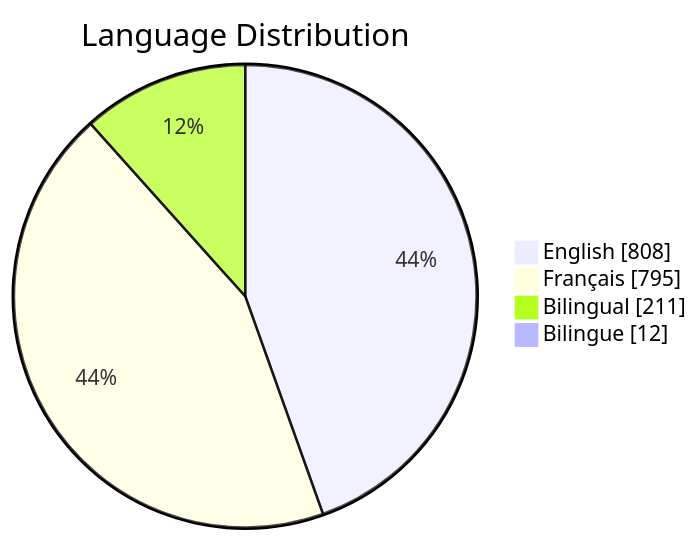
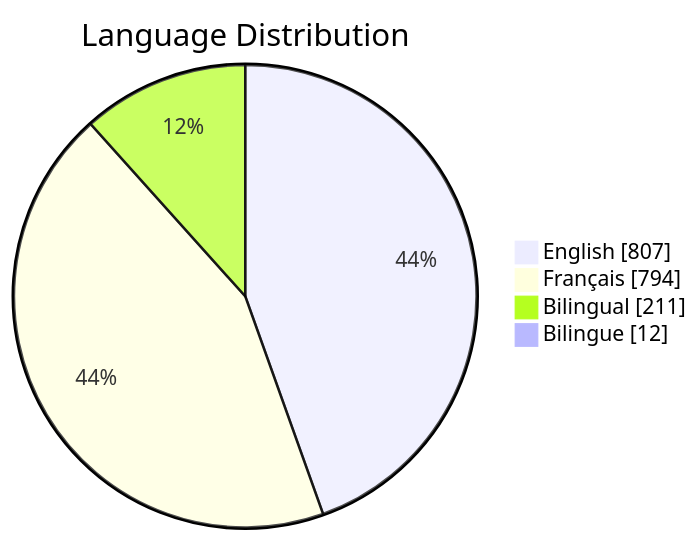
One commit to PatLittle/GC-Socials changed the third of 6 diagrams in README.md. Above: the diagram before and after it, drawn with Mermaid. The commit also changed other lines of this file, not shown here.

Commit message:
Update README with Platform Distribution pie chart

````diff
--- a/README.md
+++ b/README.md
@@ -63,7 +63,7 @@
 ```mermaid
 pie showData title Language Distribution
-    "English": 808
-    "Français": 795
+    "English": 807
+    "Français": 794
     "Bilingual": 211
     "Bilingue": 12
 ```
````
